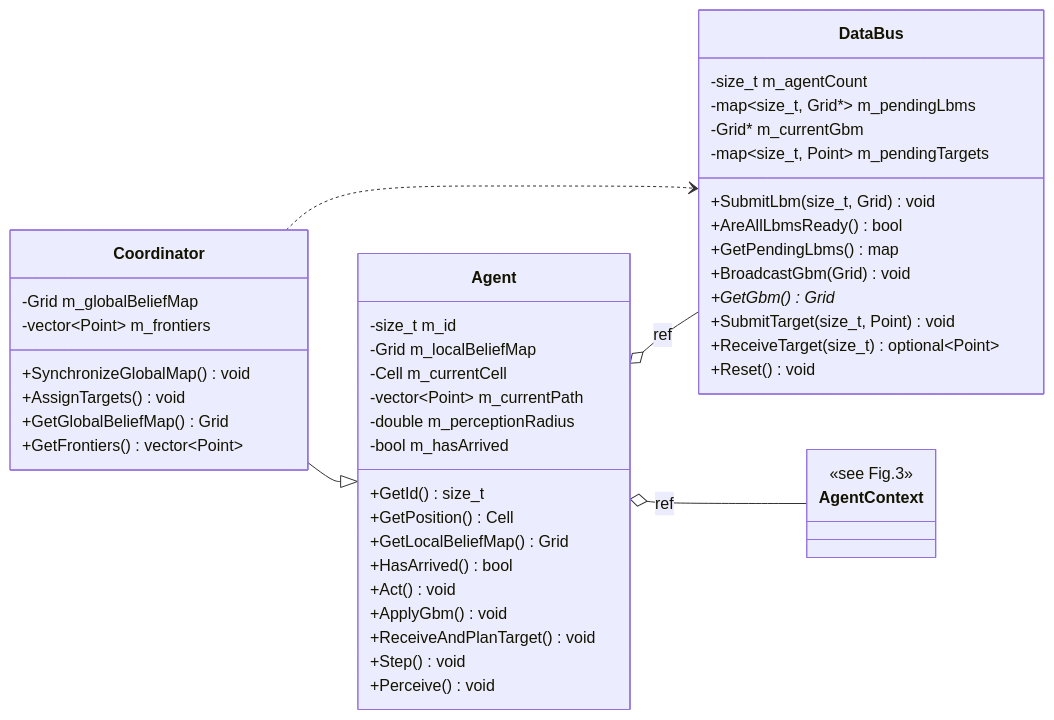
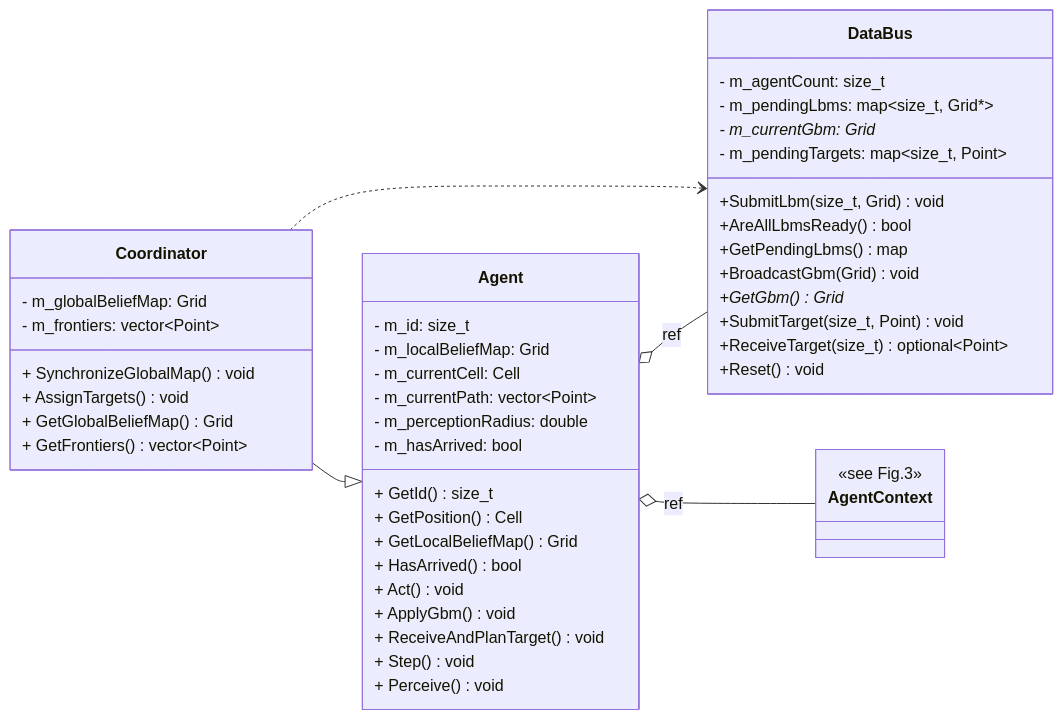
Before and after one commit to Obamium3157/CooperativeExplorationSimulation: the second of 4 diagrams in README.md, drawn with Mermaid. The commit also changed other lines of this file and 2 other files, not shown here.

````diff
--- a/README.md
+++ b/README.md
@@ -69,54 +71,57 @@
 ```mermaid
 classDiagram
     direction LR
     class DataBus {
-        -size_t m_agentCount
-        -map~size_t, Grid*~ m_pendingLbms
-        -Grid* m_currentGbm
-        -map~size_t, Point~ m_pendingTargets
+        - m_agentCount: size_t
+        - m_pendingLbms: map~size_t, Grid*~
+        - m_currentGbm: Grid*
+        - m_pendingTargets: map~size_t, Point~
+        
         +SubmitLbm(size_t, Grid) void
         +AreAllLbmsReady() bool
         +GetPendingLbms() map
         +BroadcastGbm(Grid) void
         +GetGbm() Grid*
         +SubmitTarget(size_t, Point) void
         +ReceiveTarget(size_t) optional~Point~
         +Reset() void
     }
 
     class Agent {
-        -size_t m_id
-        -Grid m_localBeliefMap
-        -Cell m_currentCell
-        -vector~Point~ m_currentPath
-        -double m_perceptionRadius
-        -bool m_hasArrived
-        +GetId() size_t
-        +GetPosition() Cell
-        +GetLocalBeliefMap() Grid
-        +HasArrived() bool
-        +Act() void
-        +ApplyGbm() void
-        +ReceiveAndPlanTarget() void
-        +Step() void
-        +Perceive() void
+        - m_id: size_t
+        - m_localBeliefMap: Grid
+        - m_currentCell: Cell
+        - m_currentPath: vector~Point~
+        - m_perceptionRadius: double
+        - m_hasArrived: bool
+        
+        + GetId() size_t
+        + GetPosition() Cell
+        + GetLocalBeliefMap() Grid
+        + HasArrived() bool
+        + Act() void
+        + ApplyGbm() void
+        + ReceiveAndPlanTarget() void
+        + Step() void
+        + Perceive() void
     }
 
     class Coordinator {
-        -Grid m_globalBeliefMap
-        -vector~Point~ m_frontiers
-        +SynchronizeGlobalMap() void
-        +AssignTargets() void
-        +GetGlobalBeliefMap() Grid
-        +GetFrontiers() vector~Point~
+        - m_globalBeliefMap: Grid
+        - m_frontiers: vector~Point~
+        
+        + SynchronizeGlobalMap() void
+        + AssignTargets() void
+        + GetGlobalBeliefMap() Grid
+        + GetFrontiers() vector~Point~
     }
 
     class AgentContext {
         <<see Fig.3>>
     }
 
     Coordinator --|> Agent
     Agent o-- DataBus : ref
     Agent o-- AgentContext : ref
     Coordinator ..> DataBus
 ```
````
